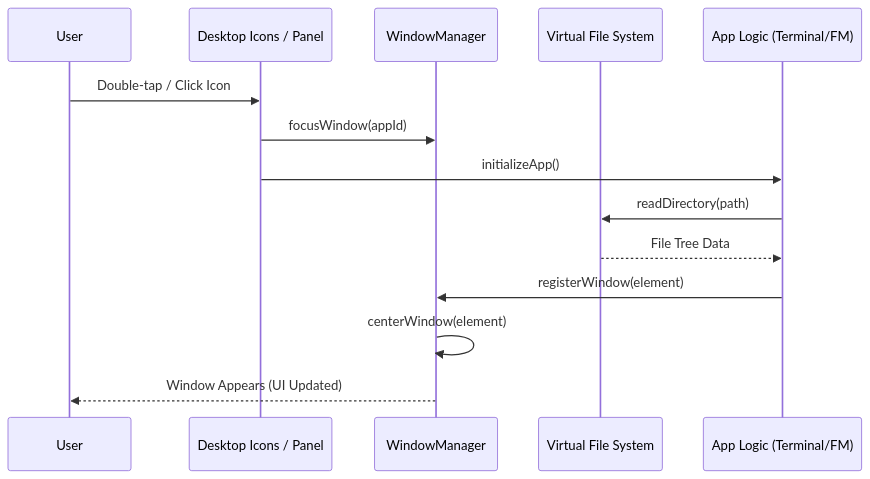
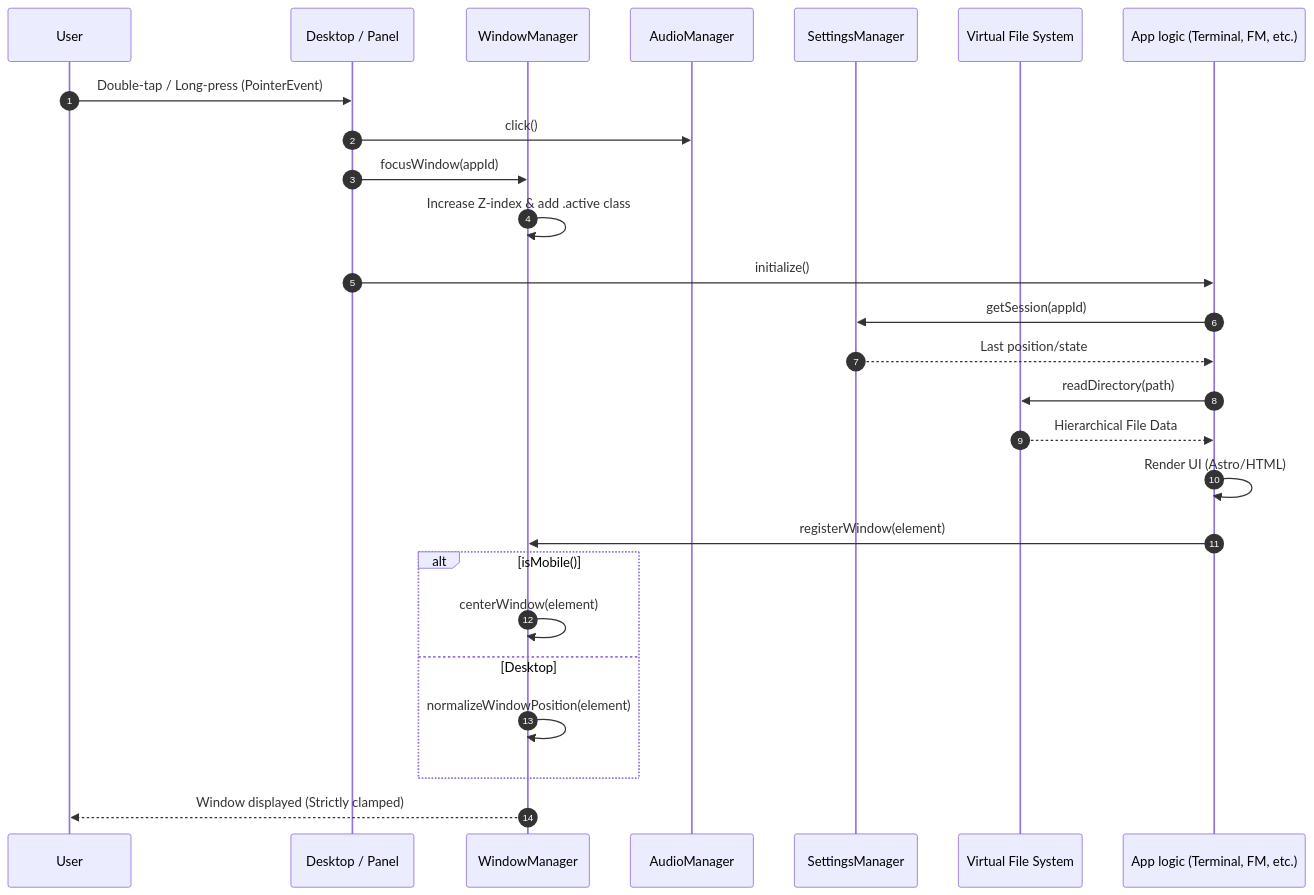
One commit to Victxrlarixs/debian-cde changed the second of 2 diagrams in CONTRIBUTING.md. Above: the diagram before and after it, drawn with Mermaid.

````diff
--- a/CONTRIBUTING.md
+++ b/CONTRIBUTING.md
@@ -73,17 +73,34 @@
 ```mermaid
 sequenceDiagram
-    participant User
-    participant Desktop as Desktop Icons / Panel
+    autonumber
+    participant U as User
+    participant D as Desktop / Panel
     participant WM as WindowManager
+    participant AM as AudioManager
+    participant SM as SettingsManager
     participant VFS as Virtual File System
-    participant App as App Logic (Terminal/FM)
+    participant App as App logic (Terminal, FM, etc.)
+
+    U->>D: Double-tap / Long-press (PointerEvent)
+    D->>AM: click()
+    D->>WM: focusWindow(appId)
+    WM->>WM: Increase Z-index & add .active class
     
-    User->>Desktop: Double-tap / Click Icon
-    Desktop->>WM: focusWindow(appId)
-    Desktop->>App: initializeApp()
+    D->>App: initialize()
+    App->>SM: getSession(appId)
+    SM-->>App: Last position/state
+    
     App->>VFS: readDirectory(path)
-    VFS-->>App: File Tree Data
+    VFS-->>App: Hierarchical File Data
+    
+    App->>App: Render UI (Astro/HTML)
     App->>WM: registerWindow(element)
-    WM->>WM: centerWindow(element)
-    WM-->>User: Window Appears (UI Updated)
+    
+    ALT isMobile()
+        WM->>WM: centerWindow(element)
+    ELSE Desktop
+        WM->>WM: normalizeWindowPosition(element)
+    END
+    
+    WM-->>U: Window displayed (Strictly clamped)
 ```
````
